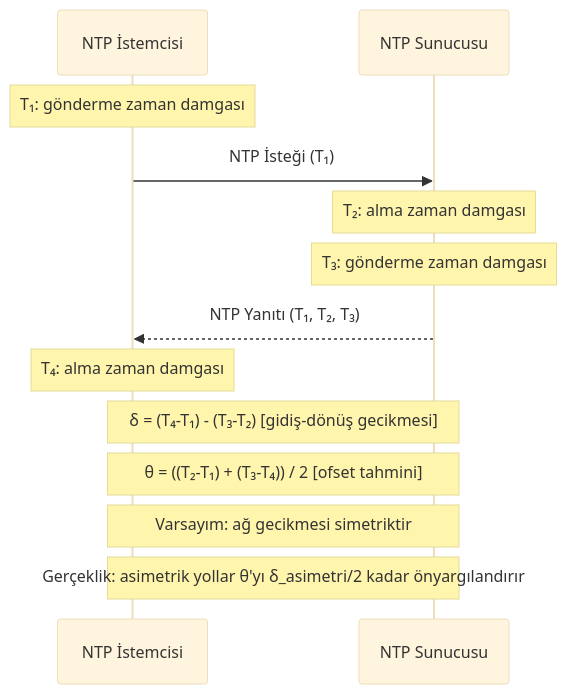
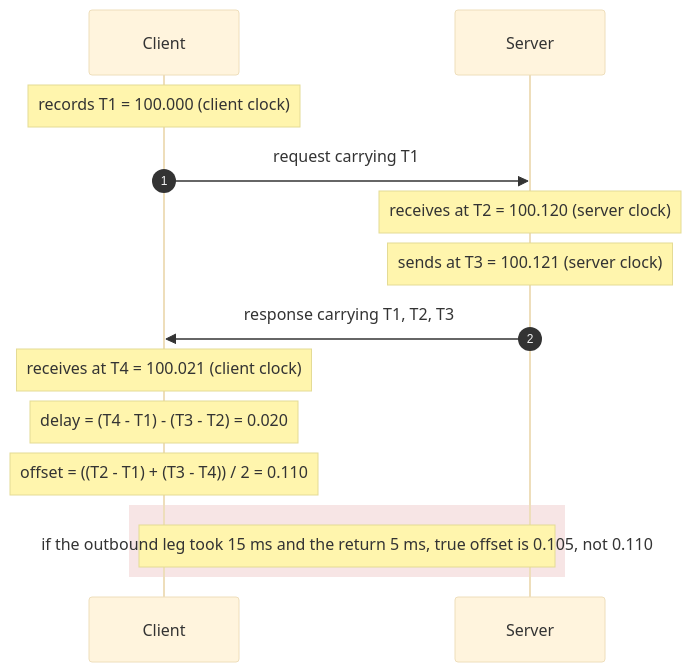
The third of 6 diagrams in src/content/docs/tr/foundations/time-and-ordering/physical-clocks.mdx (gorkemsari/distributed-systems), drawn with Mermaid (base theme) before and after one commit. The commit also changed other lines of this file and 3 other files, not shown here.

````diff
--- a/src/content/docs/tr/foundations/time-and-ordering/physical-clocks.mdx
+++ b/src/content/docs/tr/foundations/time-and-ordering/physical-clocks.mdx
@@ -76,17 +76,17 @@
 ```mermaid
 sequenceDiagram
-    participant C as NTP İstemcisi
-    participant S as NTP Sunucusu
- 
-    Note over C: T₁: gönderme zaman damgası
-    C->>S: NTP İsteği (T₁)
-    Note over S: T₂: alma zaman damgası
-    Note over S: T₃: gönderme zaman damgası
-    S-->>C: NTP Yanıtı (T₁, T₂, T₃)
-    Note over C: T₄: alma zaman damgası
- 
-    Note over C,S: δ = (T₄-T₁) - (T₃-T₂)  [gidiş-dönüş gecikmesi]
-    Note over C,S: θ = ((T₂-T₁) + (T₃-T₄)) / 2  [ofset tahmini]
-    Note over C,S: Varsayım: ağ gecikmesi simetriktir
-    Note over C,S: Gerçeklik: asimetrik yollar θ'yı δ_asimetri/2 kadar önyargılandırır
+    autonumber
+    participant C as Client
+    participant S as Server
+    Note over C: records T1 = 100.000 (client clock)
+    C->>S: request carrying T1
+    Note over S: receives at T2 = 100.120 (server clock)
+    Note over S: sends at T3 = 100.121 (server clock)
+    S->>C: response carrying T1, T2, T3
+    Note over C: receives at T4 = 100.021 (client clock)
+    Note over C: delay = (T4 - T1) - (T3 - T2) = 0.020
+    Note over C: offset = ((T2 - T1) + (T3 - T4)) / 2 = 0.110
+    rect rgba(200, 80, 80, 0.15)
+    Note over C,S: if the outbound leg took 15 ms and the return 5 ms, true offset is 0.105, not 0.110
+    end
 ```
````
